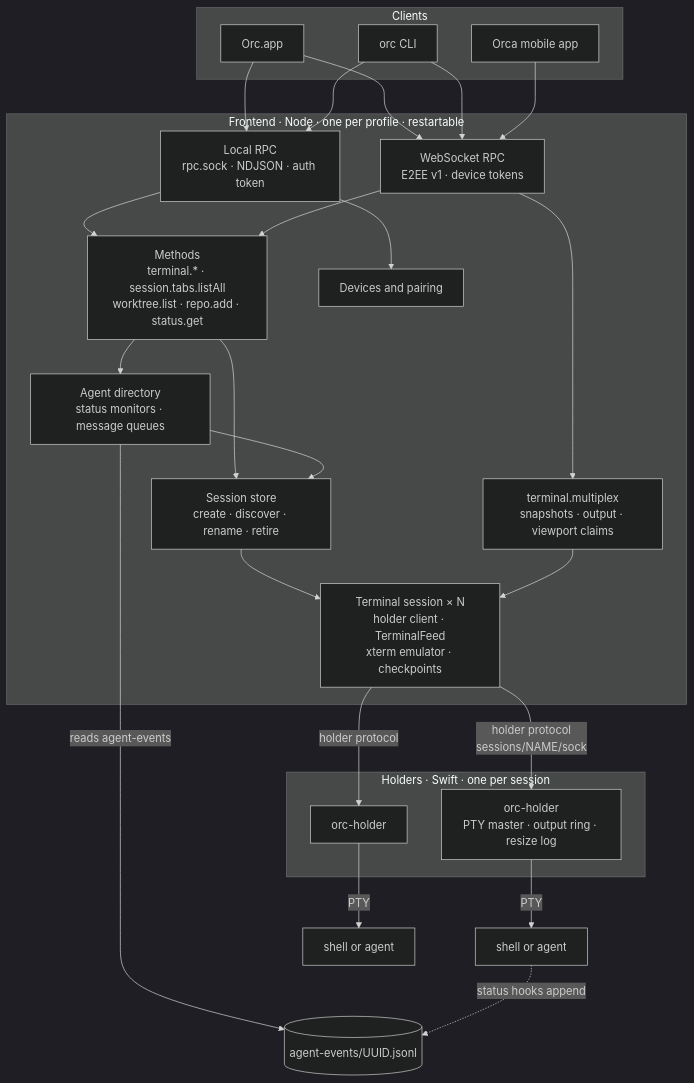
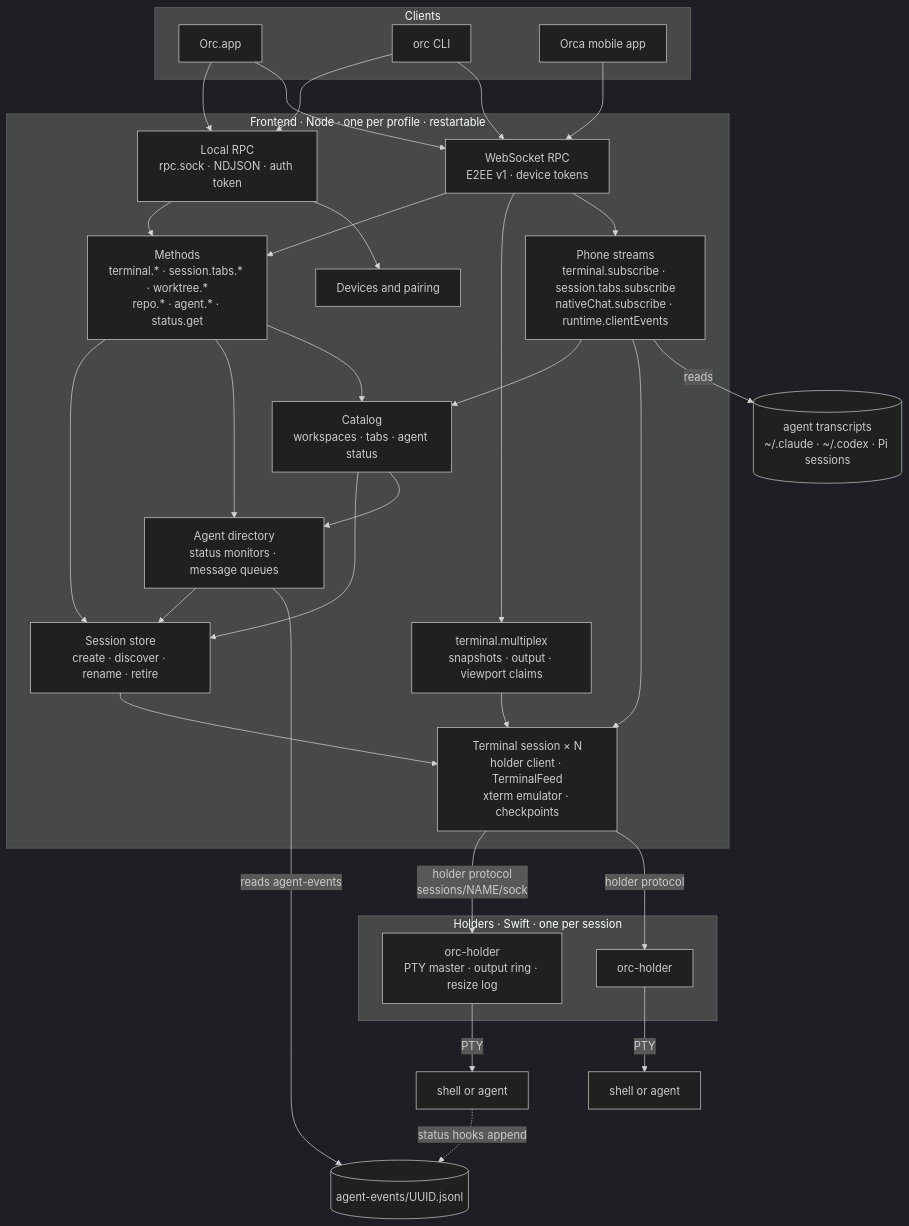
Before and after one commit to phillipleblanc/orc: the first of 7 diagrams in slim/ARCHITECTURE.md, drawn with Mermaid (dark theme). The commit also changed other lines of this file and 23 other files, not shown here.

````diff
--- a/slim/ARCHITECTURE.md
+++ b/slim/ARCHITECTURE.md
@@ -10,48 +10,57 @@
 ```mermaid
 flowchart TB
     subgraph clients["Clients"]
         app["Orc.app"]
         cli["orc CLI"]
         phone["Orca mobile app"]
     end
 
     subgraph frontend["Frontend · Node · one per profile · restartable"]
         unix["Local RPC<br/>rpc.sock · NDJSON · auth token"]
         ws["WebSocket RPC<br/>E2EE v1 · device tokens"]
-        methods["Methods<br/>terminal.* · session.tabs.listAll<br/>worktree.list · repo.add · status.get"]
+        methods["Methods<br/>terminal.* · session.tabs.* · worktree.*<br/>repo.* · agent.* · status.get"]
         mux["terminal.multiplex<br/>snapshots · output · viewport claims"]
+        phoneStreams["Phone streams<br/>terminal.subscribe · session.tabs.subscribe<br/>nativeChat.subscribe · runtime.clientEvents"]
+        catalog["Catalog<br/>workspaces · tabs · agent status"]
         pairing["Devices and pairing"]
         store["Session store<br/>create · discover · rename · retire"]
         sessions["Terminal session × N<br/>holder client · TerminalFeed<br/>xterm emulator · checkpoints"]
         agents["Agent directory<br/>status monitors · message queues"]
     end
 
     subgraph holders["Holders · Swift · one per session"]
         holderA["orc-holder<br/>PTY master · output ring · resize log"]
         holderB["orc-holder"]
     end
 
     programA["shell or agent"]
     programB["shell or agent"]
 
     app --> unix
     app --> ws
     cli --> unix
     cli --> ws
     phone --> ws
     unix --> methods
     unix --> pairing
     ws --> methods
     ws --> mux
+    ws --> phoneStreams
     methods --> store
     methods --> agents
+    methods --> catalog
+    phoneStreams --> catalog
+    phoneStreams --> sessions
+    phoneStreams -- "reads" --> transcripts[("agent transcripts<br/>~/.claude · ~/.codex · Pi sessions")]
+    catalog --> store
+    catalog --> agents
     agents --> store
     agents -- "reads agent-events" --> events[("agent-events/UUID.jsonl")]
     store --> sessions
     mux --> sessions
     sessions -- "holder protocol<br/>sessions/NAME/sock" --> holderA
     sessions -- "holder protocol" --> holderB
     holderA -- "PTY" --> programA
     holderB -- "PTY" --> programB
     programA -. "status hooks append" .-> events
 ```
````
